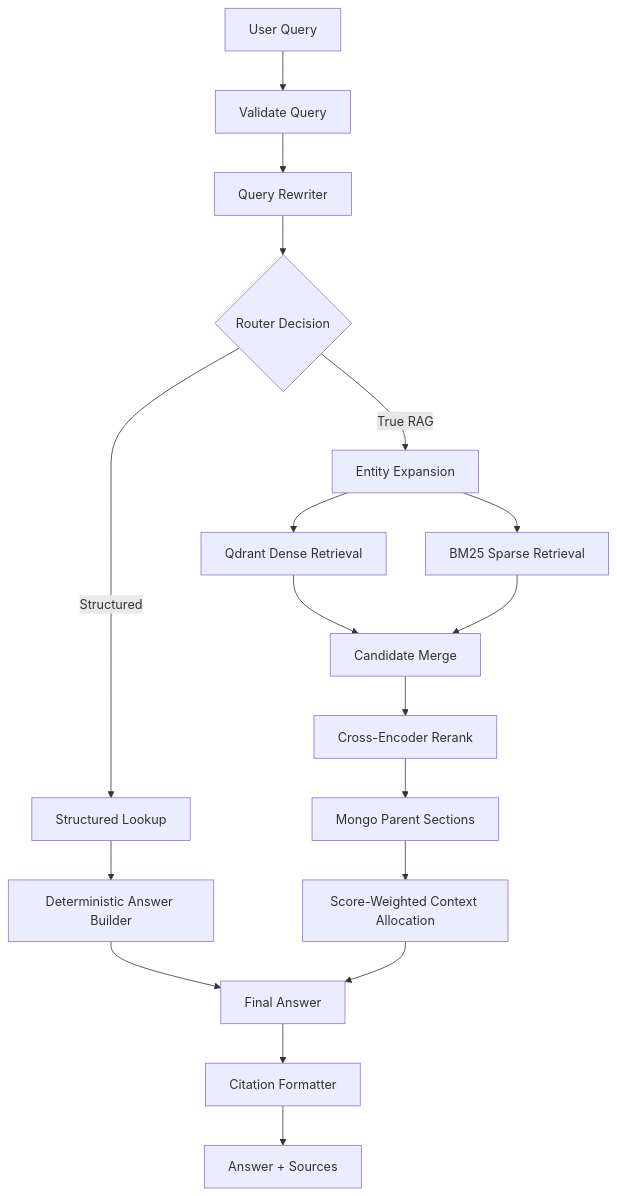
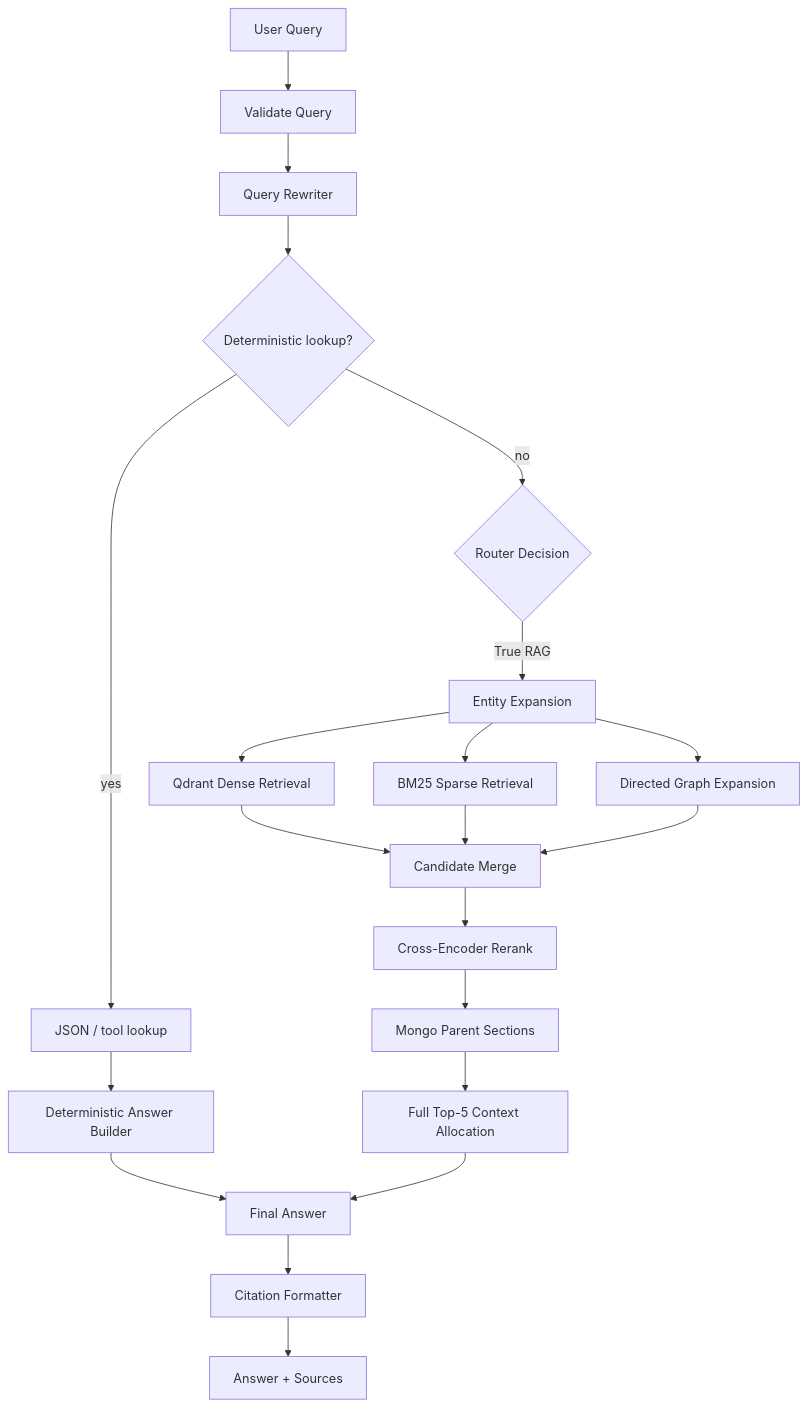
The second of 3 diagrams in README.md (AnhPhiNe/student-handbook-rag-chatbot), drawn with Mermaid before and after one commit. The commit also changed other lines of this file and 5 other files, not shown here.

````diff
--- a/README.md
+++ b/README.md
@@ -155,23 +160,26 @@
 ```mermaid
 flowchart TD
     Query["User Query"] --> Validate["Validate Query"]
     Validate --> Rewrite["Query Rewriter"]
-    Rewrite --> Route{"Router Decision"}
+    Rewrite --> Lookup{"Deterministic lookup?"}
 
-    Route -->|Structured| Structured["Structured Lookup"]
+    Lookup -->|yes| Structured["JSON / tool lookup"]
     Structured --> StructuredAnswer["Deterministic Answer Builder"]
 
+    Lookup -->|no| Route{"Router Decision"}
     Route -->|True RAG| Expand["Entity Expansion"]
     Expand --> Vector["Qdrant Dense Retrieval"]
     Expand --> Sparse["BM25 Sparse Retrieval"]
+    Expand --> Graph["Directed Graph Expansion"]
     Vector --> Merge["Candidate Merge"]
     Sparse --> Merge
+    Graph --> Merge
     Merge --> Rerank["Cross-Encoder Rerank"]
     Rerank --> Parent["Mongo Parent Sections"]
-    Parent --> Context["Score-Weighted Context Allocation"]
+    Parent --> Context["Full Top-5 Context Allocation"]
 
     StructuredAnswer --> Generate["Final Answer"]
     Context --> Generate
     Generate --> Cite["Citation Formatter"]
     Cite --> Output["Answer + Sources"]
 ```
````
